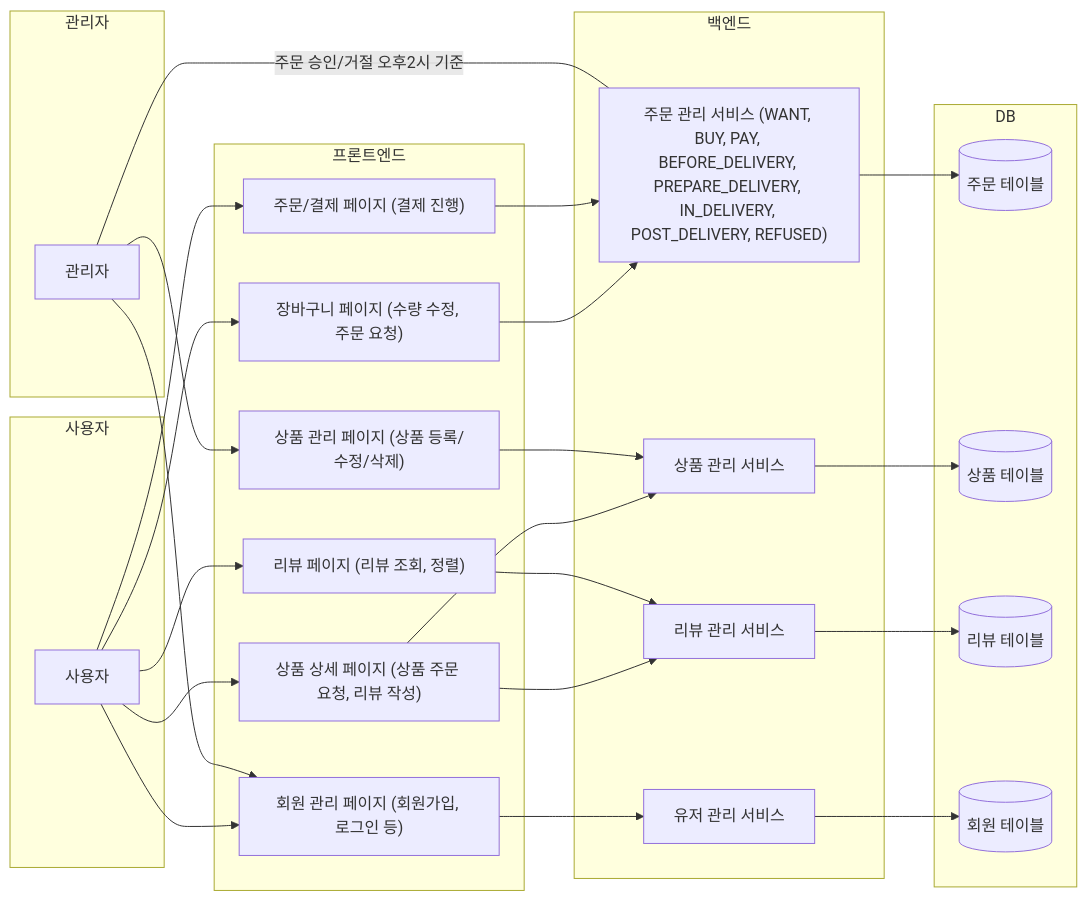
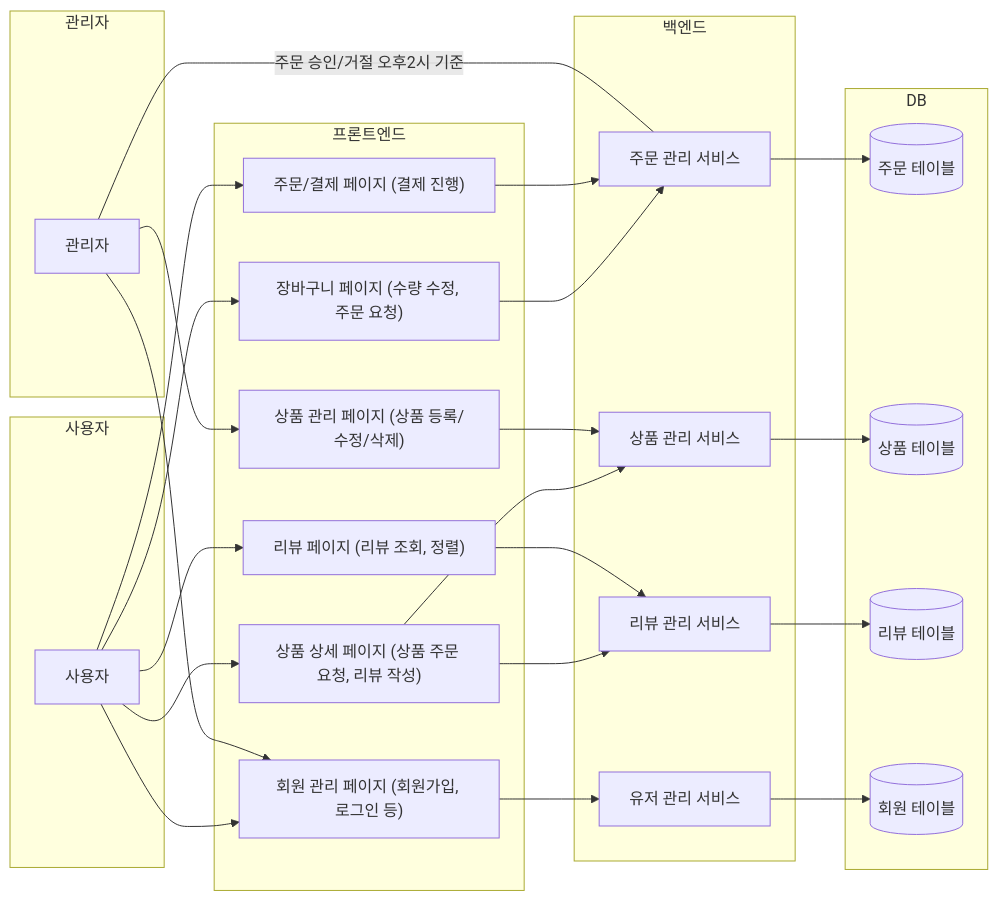
One commit to prgrms-be-devcourse/NBE4-5-1-Team09 changed the first of 2 diagrams in README.md. Above: the diagram before and after it, drawn with Mermaid. The commit also changed other lines of this file, not shown here.

````diff
--- a/README.md
+++ b/README.md
@@ -32,67 +32,67 @@
 ```mermaid
 graph LR
     %% 액터 영역
     subgraph 사용자
       U1[사용자]
     end
 
     subgraph 관리자
       A1[관리자]
     end
 
     %% 프론트엔드 영역
     subgraph 프론트엔드
       F1["상품 상세 페이지 (상품 주문 요청, 리뷰 작성)"]
       F2["장바구니 페이지 (수량 수정, 주문 요청)"]
       F3["주문/결제 페이지 (결제 진행)"]
       F4["상품 관리 페이지 (상품 등록/수정/삭제)"]
       F5["리뷰 페이지 (리뷰 조회, 정렬)"]
       F6["회원 관리 페이지 (회원가입, 로그인 등)"]
     end
 
     %% 백엔드 서비스 영역
     subgraph 백엔드
-      S1["주문 관리 서비스 (WANT, BUY, PAY, BEFORE_DELIVERY, PREPARE_DELIVERY, IN_DELIVERY, POST_DELIVERY, REFUSED)"]
+      S1["주문 관리 서비스"]
       S2["상품 관리 서비스"]
       S3["리뷰 관리 서비스"]
       S4["유저 관리 서비스"]
     end
 
     %% 데이터베이스 영역
     subgraph DB
       DB1[(주문 테이블)]
       DB2[(상품 테이블)]
       DB3[(리뷰 테이블)]
       DB4[(회원 테이블)]
     end
 
     %% 사용자 흐름
     U1 --> F1
     U1 --> F2
     U1 --> F3
     U1 --> F5
     U1 --> F6
 
     %% 관리자 흐름
     A1 --> F4
     A1 --> F6
 
     %% 프론트엔드와 백엔드 연결
     F1 --> S2
     F1 --> S3
     F2 --> S1
     F3 --> S1
     F4 --> S2
     F5 --> S3
     F6 --> S4
 
     %% 백엔드와 데이터베이스 연결
     S1 --> DB1
     S2 --> DB2
     S3 --> DB3
     S4 --> DB4
 
     %% 관리자 주문 승인/거절 흐름
     A1 ---|주문 승인/거절 오후2시 기준| S1
 
 ```
````
